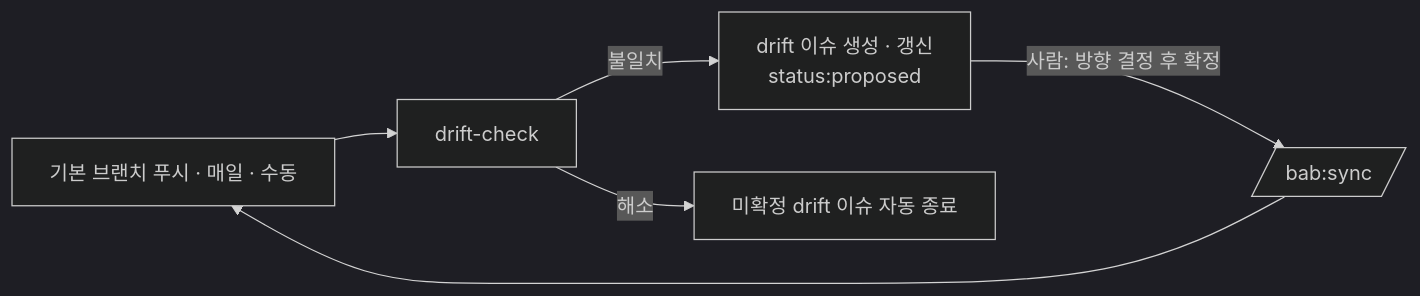
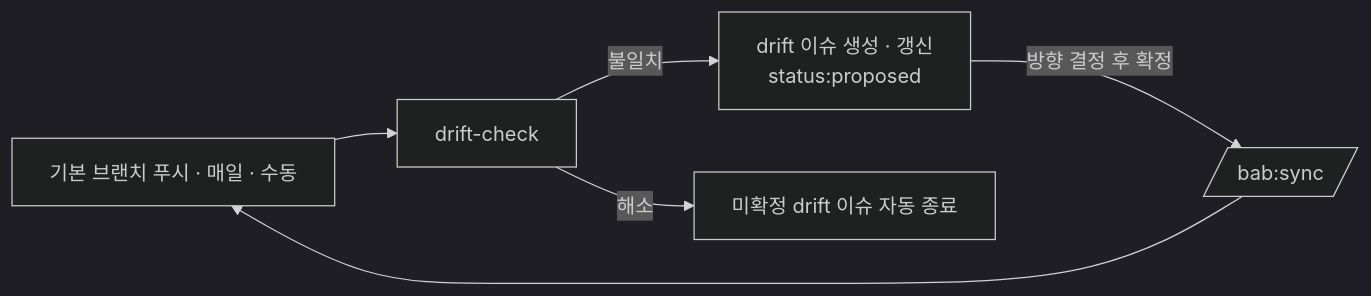
One commit to freevue/bab-skill changed the third of 4 diagrams in README.md. Above: the diagram before and after it, drawn with Mermaid (dark theme). The commit also changed other lines of this file and 26 other files, not shown here.

````diff
--- a/README.md
+++ b/README.md
@@ -540,8 +566,8 @@
 ```mermaid
 flowchart LR
   A[기본 브랜치 푸시 · 매일 · 수동] --> B[drift-check]
   B -->|불일치| C[drift 이슈 생성 · 갱신<br/>status:proposed]
   B -->|해소| D[미확정 drift 이슈 자동 종료]
-  C -->|사람: 방향 결정 후 확정| E[/bab:sync/]
+  C -->|방향 결정 후 확정| E[/bab:sync/]
   E --> A
 ```
````
